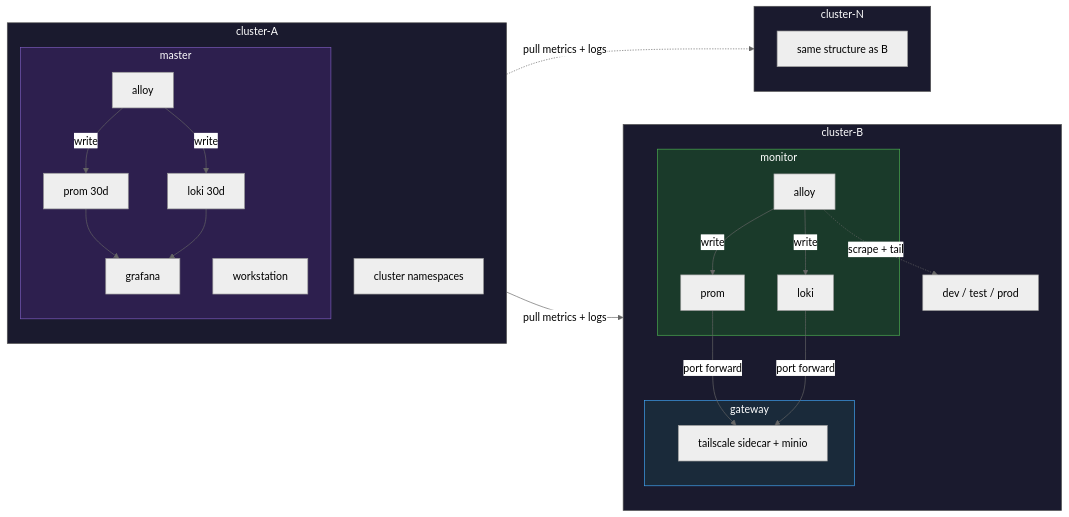
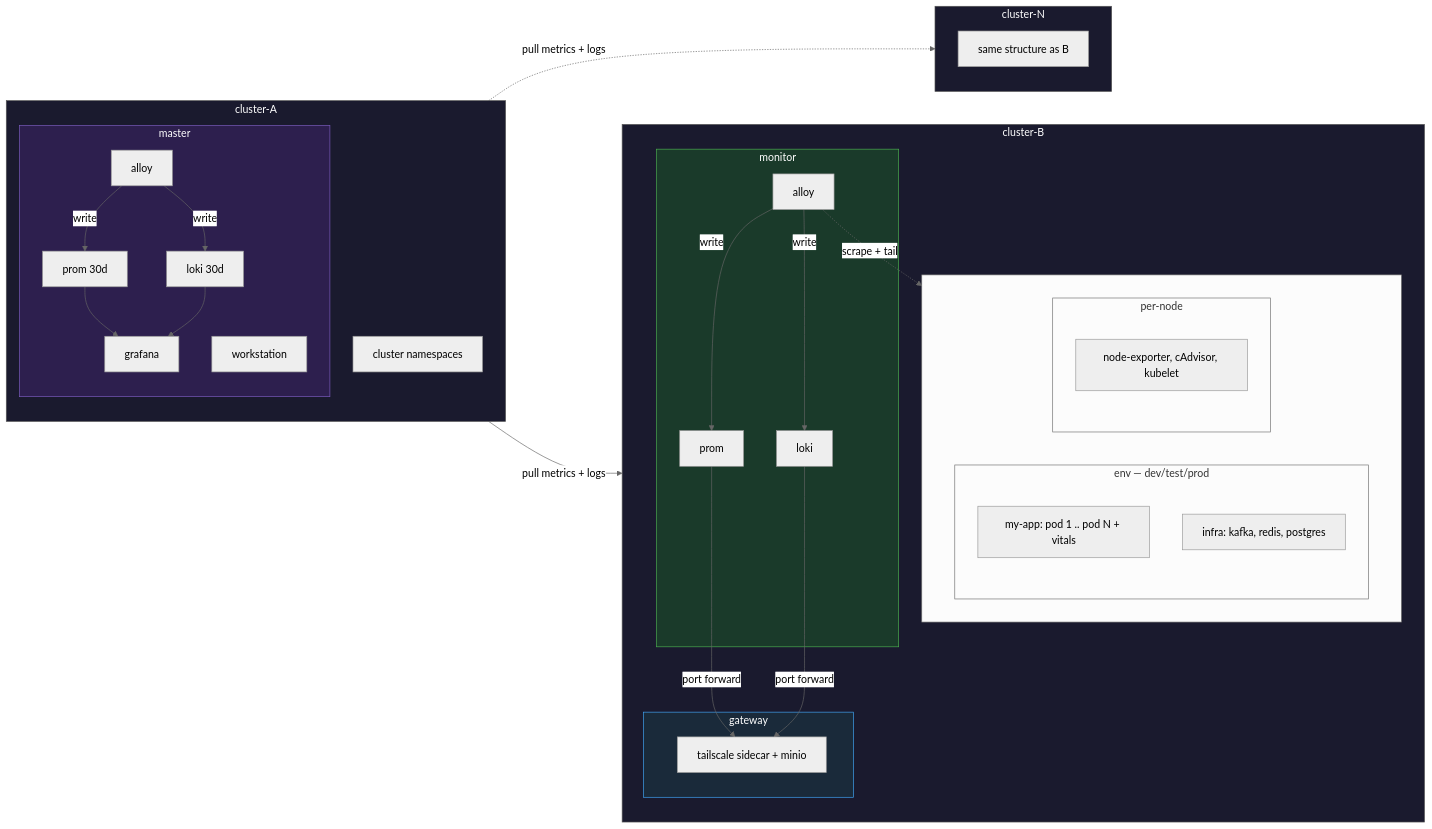
Before and after one commit to Kord96/kordinate: the first of 2 diagrams in docs/infra/infrastructure.md, drawn with Mermaid (neutral theme). The commit also changed 1 other file, not shown here.

Commit message:
Data flow diagram: expand cluster-B with nested sources, fix mermaid fence format

````diff
--- a/docs/infra/infrastructure.md
+++ b/docs/infra/infrastructure.md
@@ -22,39 +22,48 @@
 ```mermaid
 flowchart LR
     subgraph CB[cluster-B]
         direction TB
-        ENV-B[dev / test / prod]
+        subgraph sources-b[" "]
+            direction LR
+            subgraph env-b[env — dev/test/prod]
+                myapp-b["my-app: pod 1 .. pod N + vitals"]
+                infra-svc-b["infra: kafka, redis, postgres"]
+            end
+            subgraph nodes-b[per-node]
+                NE-B["node-exporter, cAdvisor, kubelet"]
+            end
+        end
         subgraph mon-b[monitor]
             AL-B[alloy] -->|write| PR-B[prom] & LK-B[loki]
         end
         subgraph gw-b[gateway]
             GWT-B[tailscale sidecar + minio]
         end
-        AL-B -.->|scrape + tail| ENV-B
+        AL-B -.->|scrape + tail| sources-b
         PR-B & LK-B -->|port forward| GWT-B
     end
 
     subgraph CA[cluster-A]
         direction TB
         subgraph master[master]
             MA[alloy] -->|write| MP[prom 30d] & ML[loki 30d]
             MP & ML --> G[grafana]
             WS[workstation]
         end
         CA-OTHER[cluster namespaces]
     end
 
     subgraph CN[cluster-N]
         CN-INNER[same structure as B]
     end
 
     MA -->|pull metrics + logs| GWT-B
     MA -.->|pull metrics + logs| CN
 
     style master fill:#2d1f4e,stroke:#7c5cbf,color:#fff
     style mon-b fill:#1a3a2a,stroke:#4caf50,color:#fff
     style gw-b fill:#1a2a3a,stroke:#42a5f5,color:#fff
     style CA fill:#1a1a2e,stroke:#555,color:#fff
     style CB fill:#1a1a2e,stroke:#555,color:#fff
     style CN fill:#1a1a2e,stroke:#555,color:#fff
 ```
````
